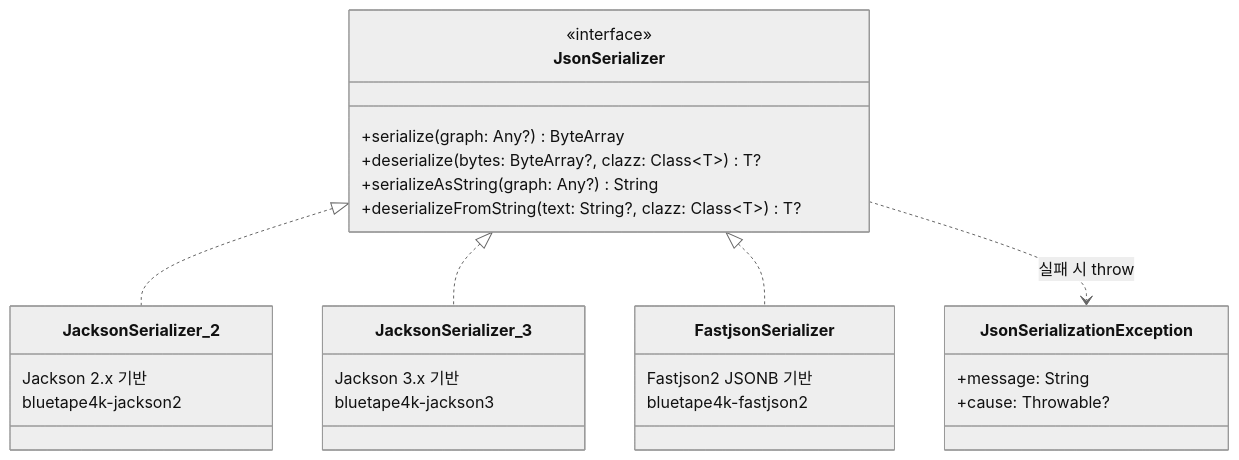
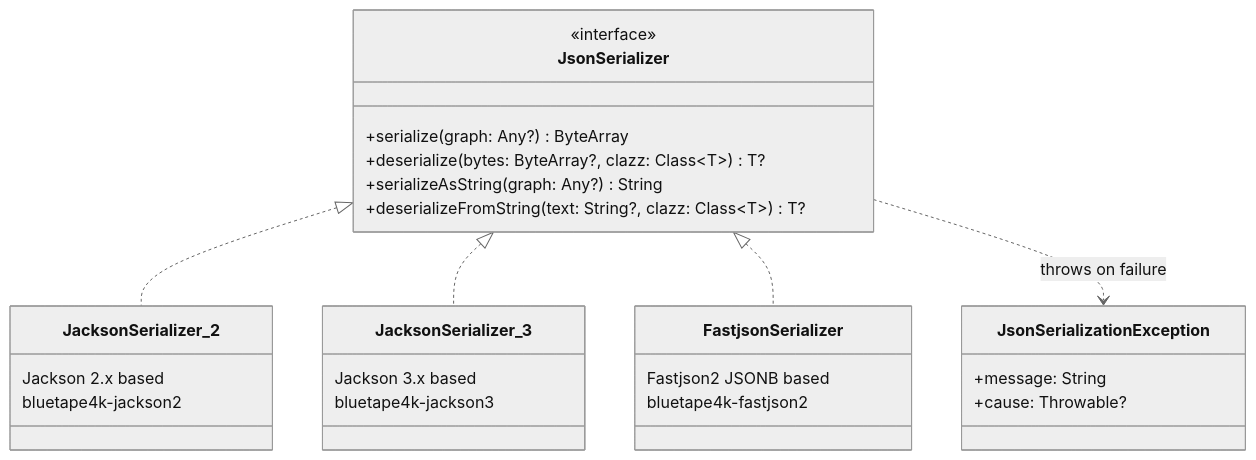
Before and after one commit to bluetape4k/bluetape4k-projects: the first of 2 diagrams in io/json/README.md, drawn with Mermaid (neutral theme). The commit also changed other lines of this file and 265 other files, not shown here.

````diff
--- a/io/json/README.md
+++ b/io/json/README.md
@@ -84,36 +85,36 @@
 ```mermaid
 classDiagram
     class JsonSerializer {
         <<interface>>
         +serialize(graph: Any?) ByteArray
         +deserialize(bytes: ByteArray?, clazz: Class~T~) T?
         +serializeAsString(graph: Any?) String
         +deserializeFromString(text: String?, clazz: Class~T~) T?
     }
 
     class JsonSerializationException {
         +message: String
         +cause: Throwable?
     }
 
     class JacksonSerializer_2 {
-        Jackson 2.x 기반
+        Jackson 2.x based
         bluetape4k-jackson2
     }
 
     class JacksonSerializer_3 {
-        Jackson 3.x 기반
+        Jackson 3.x based
         bluetape4k-jackson3
     }
 
     class FastjsonSerializer {
-        Fastjson2 JSONB 기반
+        Fastjson2 JSONB based
         bluetape4k-fastjson2
     }
 
     JsonSerializer <|.. JacksonSerializer_2
     JsonSerializer <|.. JacksonSerializer_3
     JsonSerializer <|.. FastjsonSerializer
-    JsonSerializer ..> JsonSerializationException : 실패 시 throw
+    JsonSerializer ..> JsonSerializationException : throws on failure
 
 ```
````
